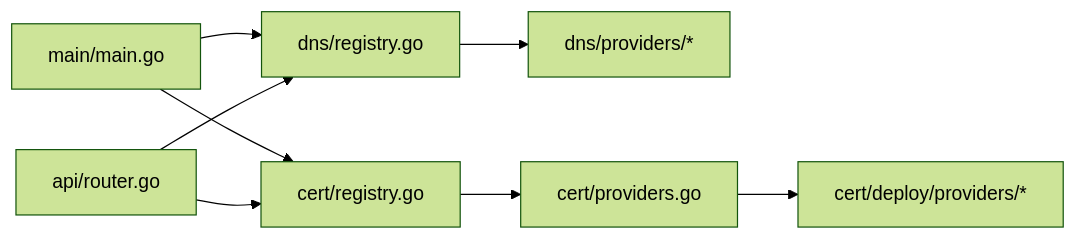
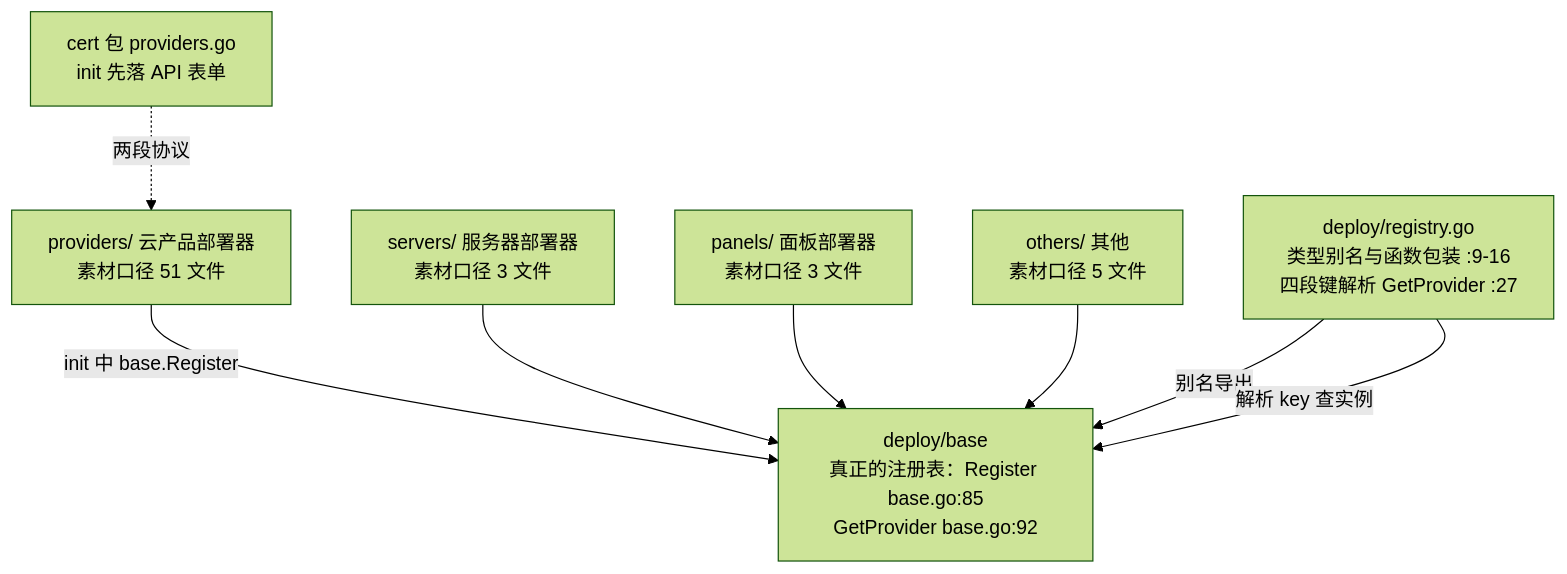
Before and after one commit to x01n/dnsplane: the third of 4 diagrams in docs/扩展开发/扩展开发.md, drawn with Mermaid (forest theme). The commit also changed other lines of this file and 326 other files, not shown here.

````diff
--- a/docs/扩展开发/扩展开发.md
+++ b/docs/扩展开发/扩展开发.md
@@ -353,10 +205,16 @@
 ```mermaid
-graph LR
-Main["main/main.go"] --> DNSReg["dns/registry.go"]
-Main --> CertReg["cert/registry.go"]
-Router["api/router.go"] --> DNSReg
-Router --> CertReg
-DNSReg --> DNSImpl["dns/providers/*"]
-CertReg --> CertImpl["cert/providers.go"]
-CertImpl --> DepImpl["cert/deploy/providers/*"]
+graph TD
+BASE["deploy/base<br/>真正的注册表：Register base.go:85<br/>GetProvider base.go:92"]
+R["deploy/registry.go<br/>类型别名与函数包装 :9-16<br/>四段键解析 GetProvider :27"]
+P["providers/ 云产品部署器<br/>素材口径 51 文件"]
+S["servers/ 服务器部署器<br/>素材口径 3 文件"]
+PA["panels/ 面板部署器<br/>素材口径 3 文件"]
+O["others/ 其他<br/>素材口径 5 文件"]
+P -->|init 中 base.Register| BASE
+S --> BASE
+PA --> BASE
+O --> BASE
+R -->|别名导出| BASE
+R -->|解析 key 查实例| BASE
+CERTPKG["cert 包 providers.go<br/>init 先落 API 表单"] -.两段协议.-> P
 ```
````
